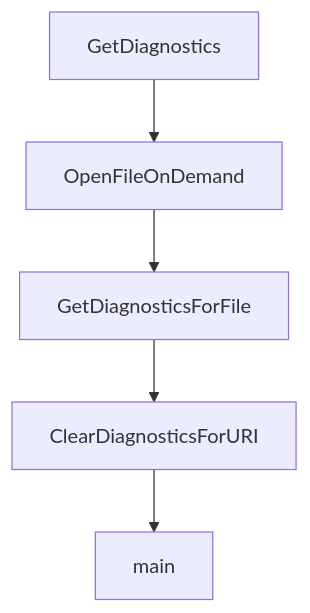
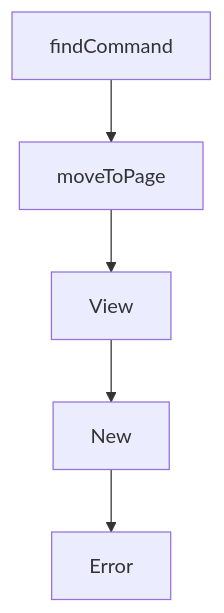
The diagram in tutorials/opencode-ai-legacy-tutorial/05-interactive-and-non-interactive-workflows.md (johnxie/awesome-code-docs), drawn with Mermaid before and after one commit. The commit also changed other lines of this file and 1232 other files, not shown here.

````diff
--- a/tutorials/opencode-ai-legacy-tutorial/05-interactive-and-non-interactive-workflows.md
+++ b/tutorials/opencode-ai-legacy-tutorial/05-interactive-and-non-interactive-workflows.md
@@ -188,12 +209,12 @@
 ```mermaid
 flowchart TD
-    A[GetDiagnostics]
-    B[OpenFileOnDemand]
-    C[GetDiagnosticsForFile]
-    D[ClearDiagnosticsForURI]
-    E[main]
+    A[findCommand]
+    B[moveToPage]
+    C[View]
+    D[New]
+    E[Error]
     A --> B
     B --> C
     C --> D
     D --> E
 ```
````
